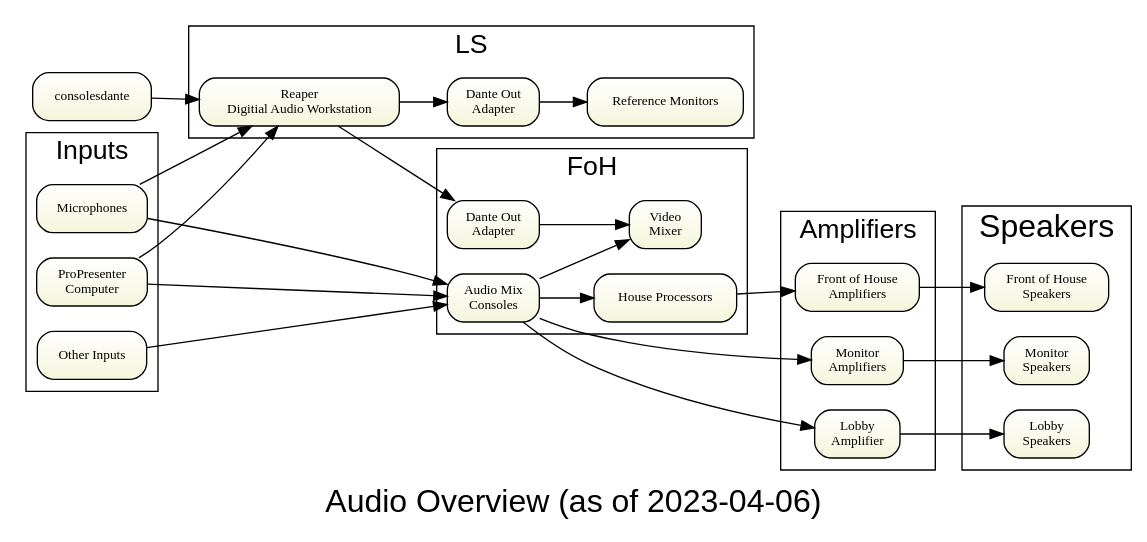
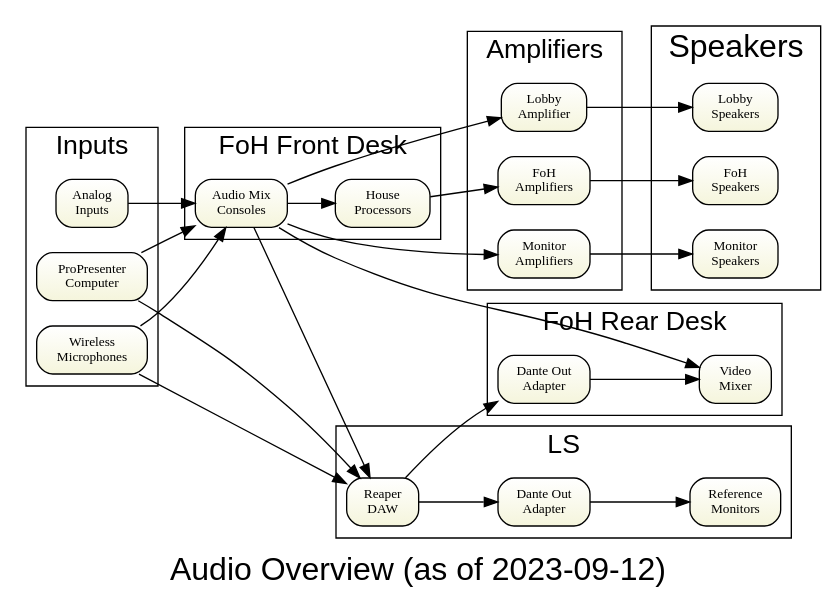
The diagram in gv/sda-overview.gv (avmaint/uactechdoc), drawn with Graphviz before and after one commit.

Commit message:
fixed up diagram details

```diff
--- a/gv/sda-overview.gv
+++ b/gv/sda-overview.gv
@@ -1,70 +1,73 @@
 digraph overview { 
 
 graph [overlap = true, fontsize = 24, rankdir=LR 
-      label="Audio Overview (as of 2023-04-06)", 
+      label="Audio Overview (as of 2023-09-12)", 
       fontname = Helvetica]
 
 node [shape=Mrecord, tooltip="" , fontsize = 10, 
       fillcolor="white:beige" , style=filled  
       gradientangle=270]
 
-mics [label="Microphones"]
+mics [label="Wireless\nMicrophones"]
 ppcomputer [label="ProPresenter\nComputer"]
-otherinputs [label="Other Inputs"]
+otherinputs [label="Analog\nInputs"]
 
 mics        -> consoles
 ppcomputer  -> consoles  
 otherinputs -> consoles
 
 consoles  -> videomixer
 
-subgraph cluster_foh {label="FoH"   fontsize = 20
+subgraph cluster_fohfront {label="FoH Front Desk"   fontsize = 20
   consoles			[label="Audio Mix\nConsoles"]
-  dsp				[label="House Processors"]
+  dsp				[label="House\nProcessors"]
+}
+
+subgraph cluster_fohrear {label="FoH Rear Desk"   fontsize = 20
   videomixer		[label="Video\nMixer"]
   videomixeravio	[label="Dante Out\nAdapter"]
 }
+
 videomixeravio -> videomixer
 
 subgraph cluster_livestream  {label="LS"   fontsize = 20
-  daw			[label="Reaper\nDigitial Audio Workstation"]
-  refmon		[label="Reference Monitors "]
+  daw			[label="Reaper\nDAW"]
+  refmon		[label="Reference\nMonitors "]
   refmonavio	[label="Dante Out\nAdapter"]
  }
 
+consoles    -> dsp  
+consoles	-> daw
 mics		-> daw
-daw 		-> refmonavio
+daw  		-> refmonavio
 refmonavio	-> refmon
 daw			-> videomixeravio
 ppcomputer	-> daw
 
 subgraph cluster_inputs {label="Inputs" fontsize = 20
 mics
 ppcomputer
 otherinputs
 }
 
 subgraph cluster_amps { label="Amplifiers" fontsize = 20
-  houseamp		[label="Front of House\nAmplifiers"]
+  houseamp		[label="FoH\nAmplifiers"]
   monitoramp	[label="Monitor\nAmplifiers"]  
   lobbyamp		[label="Lobby\nAmplifier"]
 }
 
 subgraph cluster_spkrs {label="Speakers"
   monitorspeakers	[label="Monitor\nSpeakers"] 
   lobbyspeakers 	[label="Lobby\nSpeakers"]
-  housespeakers 	[label="Front of House\nSpeakers"]
+  housespeakers 	[label="FoH\nSpeakers"]
 }
- 
-consoles  -> dsp  
-consolesdante	-> daw
 
 dsp  -> houseamp 
 houseamp -> housespeakers  
 
 consoles    -> lobbyamp
 lobbyamp    -> lobbyspeakers
 
-consoles  -> monitoramp 
+consoles    -> monitoramp 
 monitoramp  -> monitorspeakers 
 } 
```
